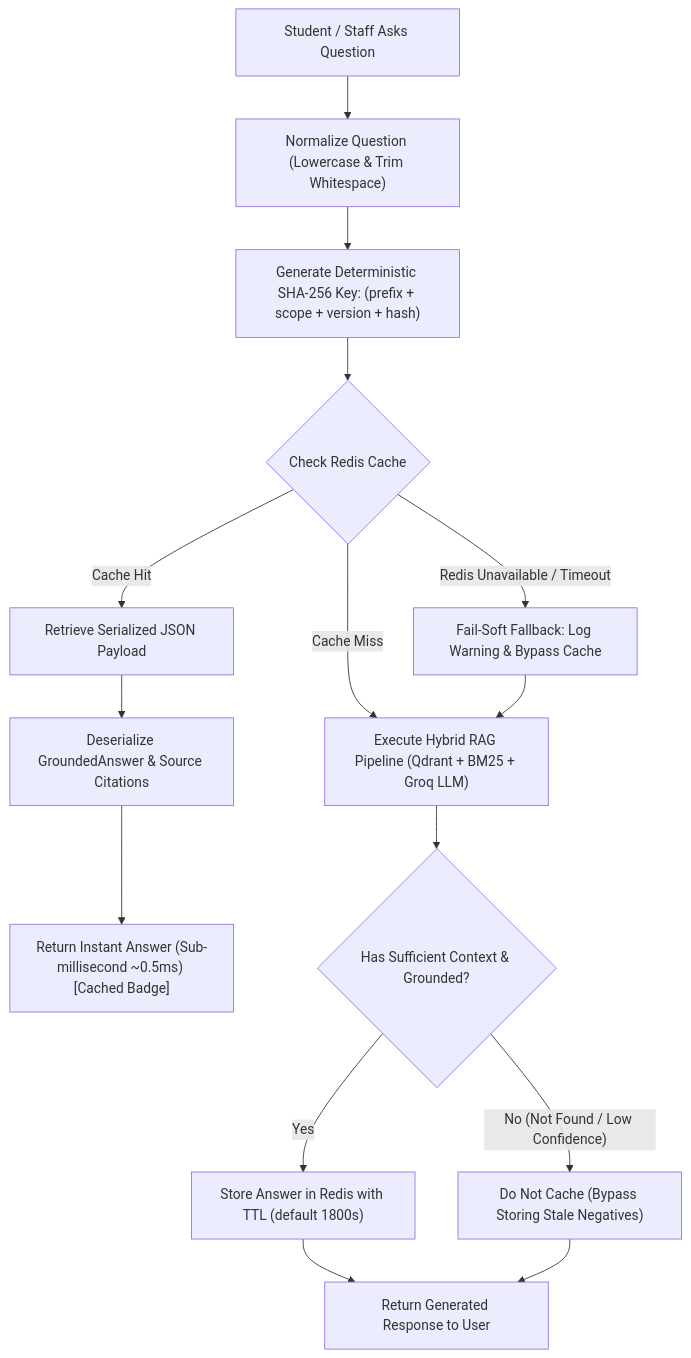
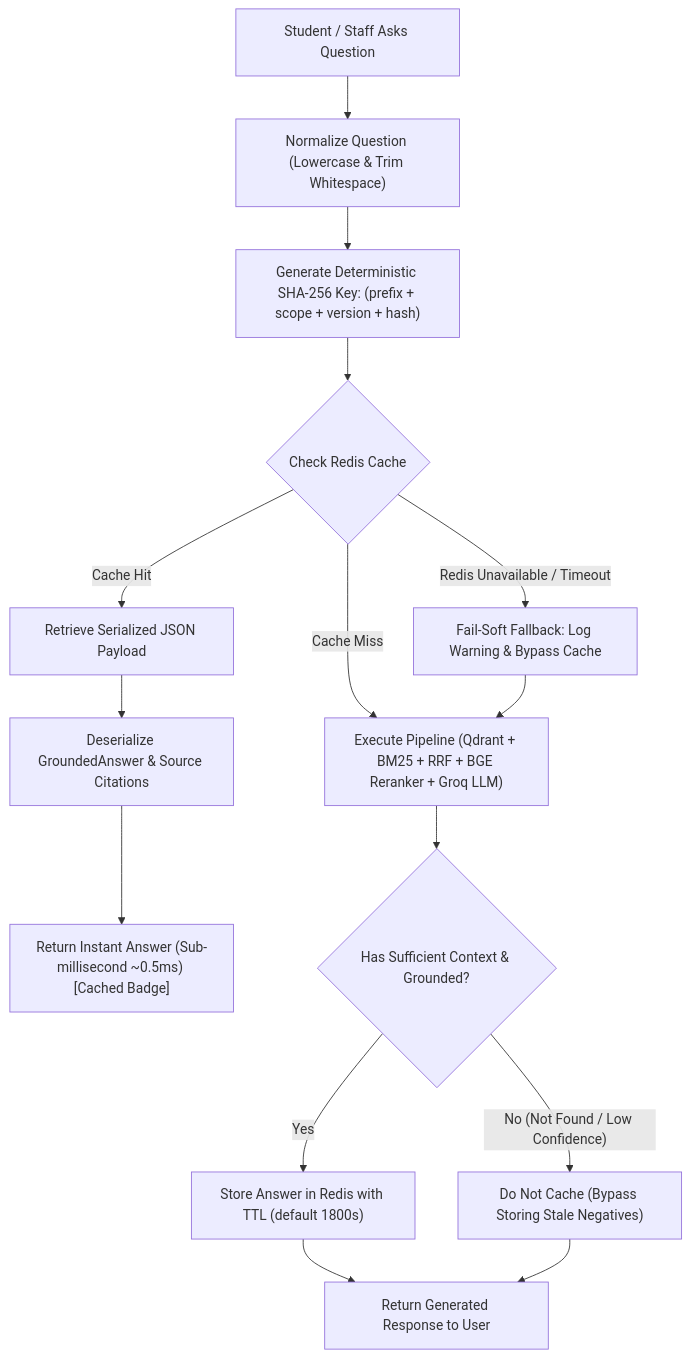
The second of 2 diagrams in README.md (Icog-projects/CampusMind-AI), drawn with Mermaid before and after one commit. The commit also changed other lines of this file and 7 other files, not shown here.

Commit message:
feat: add cross-encoder reranker and semantic cache services to backend

````diff
--- a/README.md
+++ b/README.md
@@ -242,20 +244,20 @@
 ```mermaid
 flowchart TD
     Q["Student / Staff Asks Question"] --> N["Normalize Question (Lowercase & Trim Whitespace)"]
     N --> K["Generate Deterministic SHA-256 Key: (prefix + scope + version + hash)"]
     K --> R{"Check Redis Cache"}
     
     R -->|"Cache Hit"| H["Retrieve Serialized JSON Payload"]
     H --> D["Deserialize GroundedAnswer & Source Citations"]
     D --> B["Return Instant Answer (Sub-millisecond ~0.5ms) [Cached Badge]"]
     
-    R -->|"Cache Miss"| M["Execute Hybrid RAG Pipeline (Qdrant + BM25 + Groq LLM)"]
+    R -->|"Cache Miss"| M["Execute Pipeline (Qdrant + BM25 + RRF + BGE Reranker + Groq LLM)"]
     R -->|"Redis Unavailable / Timeout"| F["Fail-Soft Fallback: Log Warning & Bypass Cache"]
     F --> M
     
     M --> C{"Has Sufficient Context & Grounded?"}
     C -->|"Yes"| S["Store Answer in Redis with TTL (default 1800s)"]
     C -->|"No (Not Found / Low Confidence)"| NO["Do Not Cache (Bypass Storing Stale Negatives)"]
     S --> RET["Return Generated Response to User"]
     NO --> RET
 ```
````
